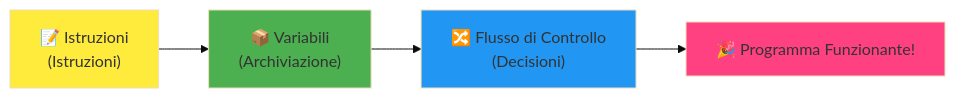
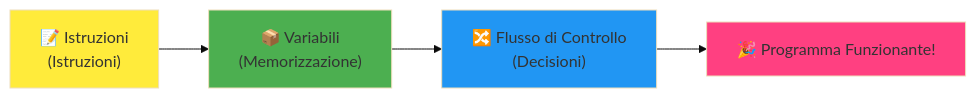
One commit to microsoft/Web-Dev-For-Beginners changed the fourth of 7 diagrams in translations/it/1-getting-started-lessons/1-intro-to-programming-languages/README.md. Above: the diagram before and after it, drawn with Mermaid (base theme). The commit also changed other lines of this file and 8 other files, not shown here.

````diff
--- a/translations/it/1-getting-started-lessons/1-intro-to-programming-languages/README.md
+++ b/translations/it/1-getting-started-lessons/1-intro-to-programming-languages/README.md
@@ -467,9 +466,9 @@
 ```mermaid
 flowchart LR
-    A["📝 Istruzioni<br/>(Istruzioni)"] --> B["📦 Variabili<br/>(Archiviazione)"] --> C["🔀 Flusso di Controllo<br/>(Decisioni)"] --> D["🎉 Programma Funzionante!"]
+    A["📝 Istruzioni<br/>(Istruzioni)"] --> B["📦 Variabili<br/>(Memorizzazione)"] --> C["🔀 Flusso di Controllo<br/>(Decisioni)"] --> D["🎉 Programma Funzionante!"]
     
     style A fill:#ffeb3b
     style B fill:#4caf50
     style C fill:#2196f3
     style D fill:#ff4081
 ```
````
